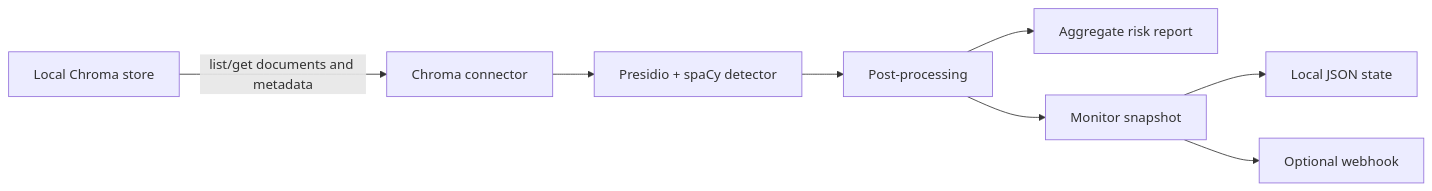
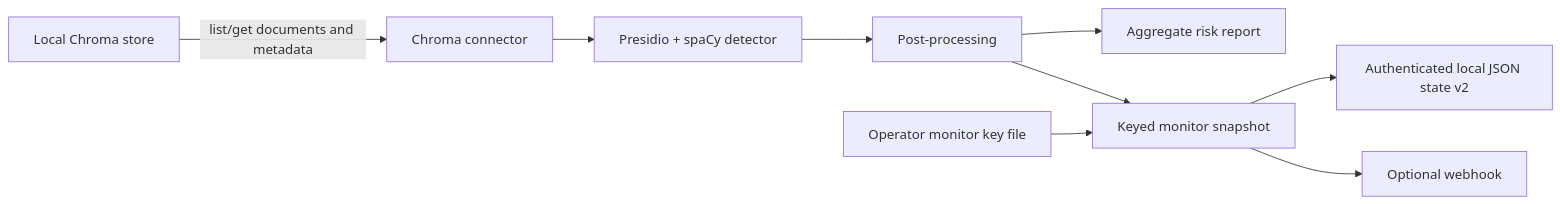
Before and after one commit to Agenvana/RAGLeakGuard: the diagram in docs/ARCHITECTURE.md, drawn with Mermaid. The commit also changed other lines of this file and 10 other files, not shown here.

````diff
--- a/docs/ARCHITECTURE.md
+++ b/docs/ARCHITECTURE.md
@@ -14,10 +14,11 @@
 ```mermaid
 flowchart LR
     A["Local Chroma store"] -->|"list/get documents and metadata"| B["Chroma connector"]
     B --> C["Presidio + spaCy detector"]
     C --> D["Post-processing"]
     D --> E["Aggregate risk report"]
-    D --> F["Monitor snapshot"]
-    F --> G["Local JSON state"]
+    D --> F["Keyed monitor snapshot"]
+    I["Operator monitor key file"] --> F
+    F --> G["Authenticated local JSON state v2"]
     F --> H["Optional webhook"]
 ```
````
